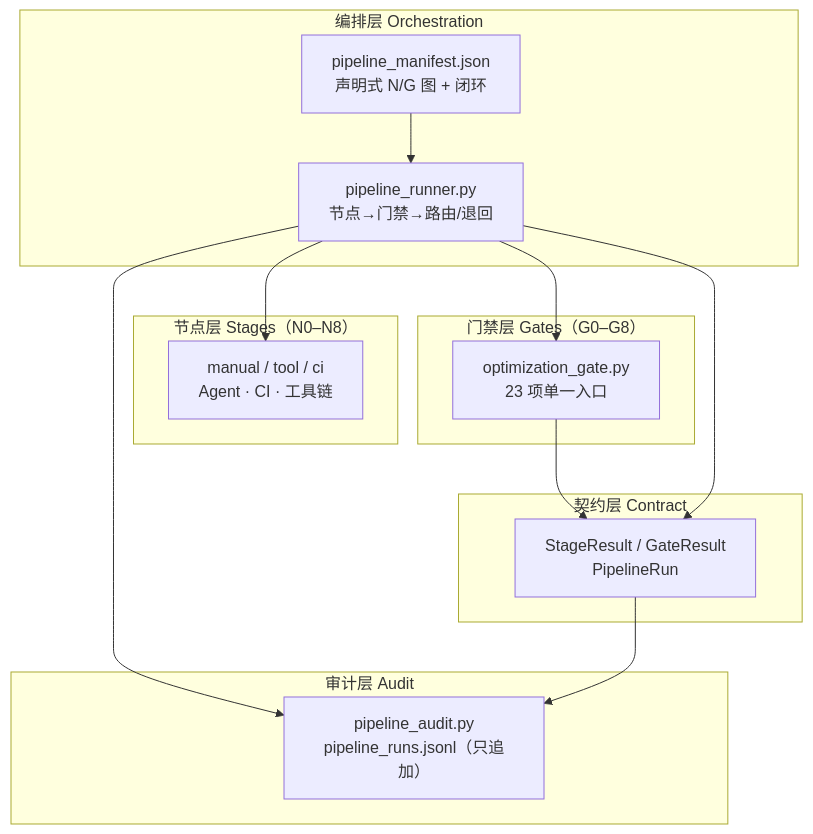
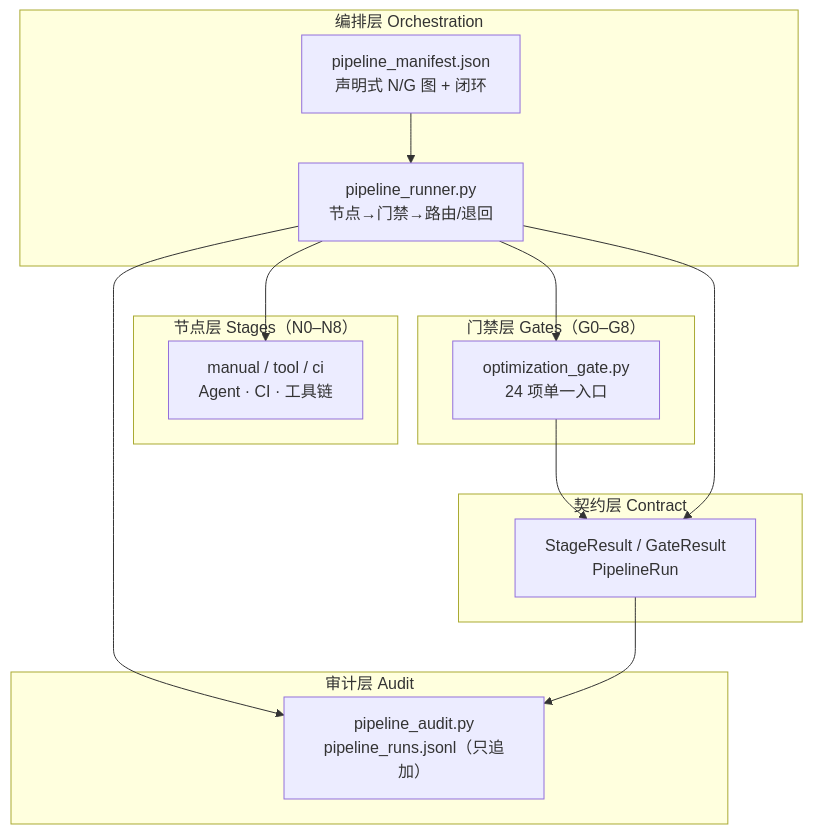
Before and after one commit to hmbphxkw76-byte/tech-context-digest: the diagram in engine/docs/report-pipeline-implementation-plan.md, drawn with Mermaid. The commit also changed other lines of this file and 43 other files, not shown here.

````diff
--- a/engine/docs/report-pipeline-implementation-plan.md
+++ b/engine/docs/report-pipeline-implementation-plan.md
@@ -24,26 +24,26 @@
 ```mermaid
 flowchart TB
     subgraph ORCH["编排层 Orchestration"]
         M["pipeline_manifest.json<br/>声明式 N/G 图 + 闭环"]
         R["pipeline_runner.py<br/>节点→门禁→路由/退回"]
     end
     subgraph STAGE["节点层 Stages（N0–N8）"]
         S["manual / tool / ci<br/>Agent · CI · 工具链"]
     end
     subgraph GATE["门禁层 Gates（G0–G8）"]
-        OG["optimization_gate.py<br/>23 项单一入口"]
+        OG["optimization_gate.py<br/>24 项单一入口"]
     end
     subgraph CONTRACT["契约层 Contract"]
         C["StageResult / GateResult<br/>PipelineRun"]
     end
     subgraph AUDIT["审计层 Audit"]
         A["pipeline_audit.py<br/>pipeline_runs.jsonl（只追加）"]
     end
     M --> R
     R --> S
     R --> OG
     OG --> C
     R --> C
     R --> A
     C --> A
 ```
````
